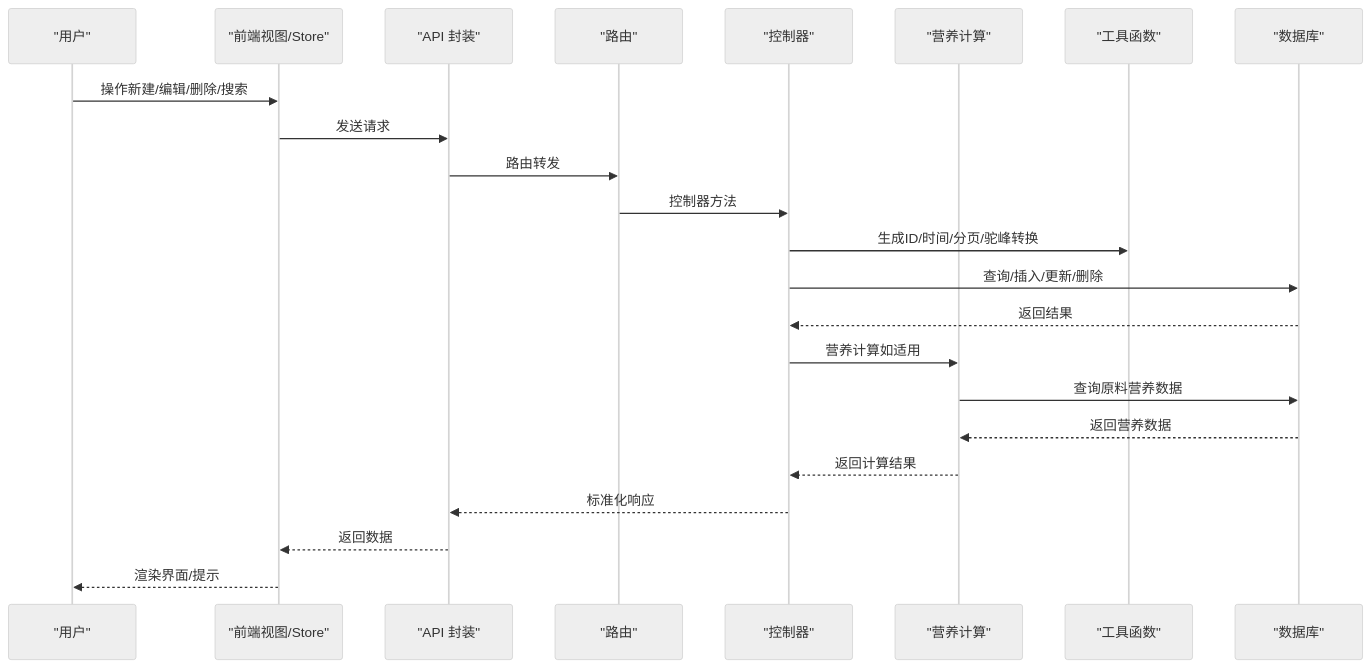
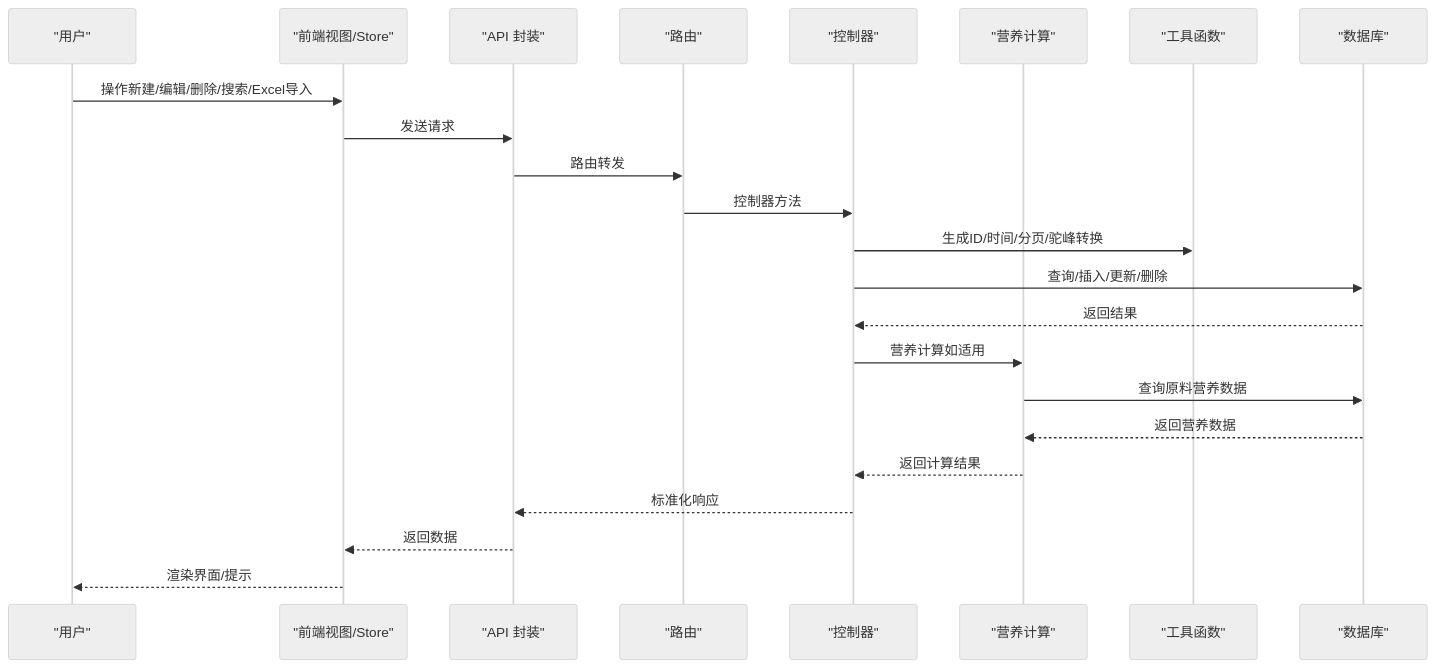
The second of 10 diagrams in .qoder/repowiki/zh/content/核心功能模块/配方管理系统/配方管理系统.md (xpretycn/TingStudio), drawn with Mermaid (neutral theme) before and after one commit. The commit also changed other lines of this file and 56 other files, not shown here.

````diff
--- a/.qoder/repowiki/zh/content/核心功能模块/配方管理系统/配方管理系统.md
+++ b/.qoder/repowiki/zh/content/核心功能模块/配方管理系统/配方管理系统.md
@@ -116,25 +137,25 @@
 ```mermaid
 sequenceDiagram
 participant U as "用户"
 participant FE as "前端视图/Store"
 participant API as "API 封装"
 participant RT as "路由"
 participant CTRL as "控制器"
 participant NUTRITION as "营养计算"
 participant HELP as "工具函数"
 participant DB as "数据库"
-U->>FE : 操作新建/编辑/删除/搜索
+U->>FE : 操作新建/编辑/删除/搜索/Excel导入
 FE->>API : 发送请求
 API->>RT : 路由转发
 RT->>CTRL : 控制器方法
 CTRL->>HELP : 生成ID/时间/分页/驼峰转换
 CTRL->>DB : 查询/插入/更新/删除
 DB-->>CTRL : 返回结果
 CTRL->>NUTRITION : 营养计算如适用
 NUTRITION->>DB : 查询原料营养数据
 DB-->>NUTRITION : 返回营养数据
 NUTRITION-->>CTRL : 返回计算结果
 CTRL-->>API : 标准化响应
 API-->>FE : 返回数据
 FE-->>U : 渲染界面/提示
 ```
````
